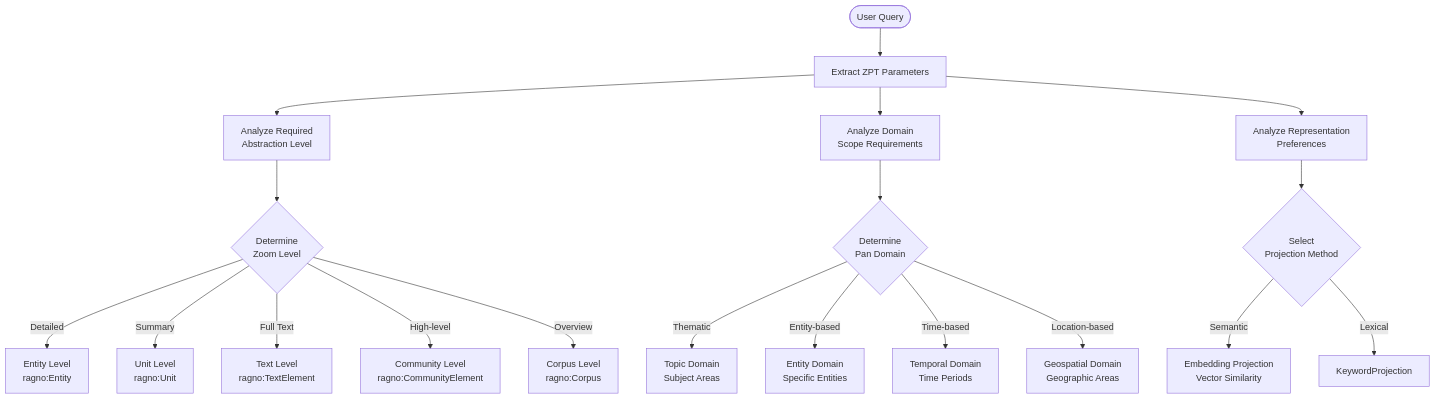
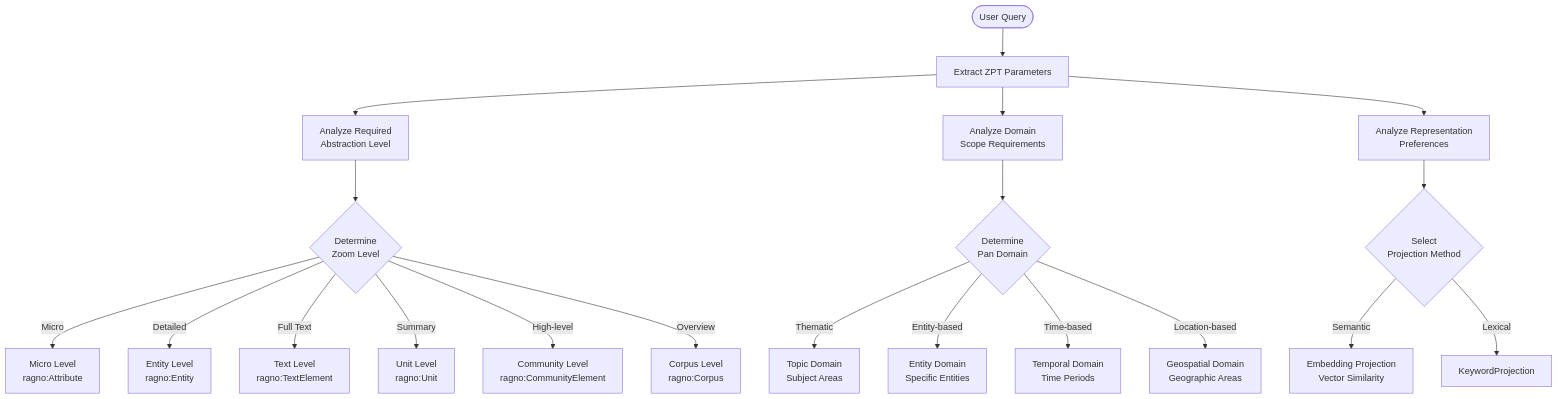
The diagram in media/navigation_flow.mermaid (danja/zpt), drawn with Mermaid before and after one commit. The commit also changed 15 other files, not shown here.

```diff
--- a/media/navigation_flow.mermaid
+++ b/media/navigation_flow.mermaid
@@ -1,23 +1,24 @@
 flowchart TD
     Start([User Query]) --> ParseQuery[Extract ZPT Parameters]
     
     ParseQuery --> ZoomAnalysis[Analyze Required<br/>Abstraction Level]
     ParseQuery --> PanAnalysis[Analyze Domain<br/>Scope Requirements]
     ParseQuery --> TiltAnalysis[Analyze Representation<br/>Preferences]
     
     ZoomAnalysis --> ZoomLevel{Determine<br/>Zoom Level}
+    ZoomLevel -->|Micro| MicroLevel[Micro Level<br/>ragno:Attribute]
     ZoomLevel -->|Detailed| EntityLevel[Entity Level<br/>ragno:Entity]
+    ZoomLevel -->|Full Text| TextLevel[Text Level<br/>ragno:TextElement]
     ZoomLevel -->|Summary| UnitLevel[Unit Level<br/>ragno:Unit]
-    ZoomLevel -->|Full Text| TextLevel[Text Level<br/>ragno:TextElement]
     ZoomLevel -->|High-level| CommunityLevel[Community Level<br/>ragno:CommunityElement]
     ZoomLevel -->|Overview| CorpusLevel[Corpus Level<br/>ragno:Corpus]
     
     PanAnalysis --> PanScope{Determine<br/>Pan Domain}
     PanScope -->|Thematic| TopicDomain[Topic Domain<br/>Subject Areas]
     PanScope -->|Entity-based| EntityDomain[Entity Domain<br/>Specific Entities]
     PanScope -->|Time-based| TemporalDomain[Temporal Domain<br/>Time Periods]
     PanScope -->|Location-based| GeospatialDomain[Geospatial Domain<br/>Geographic Areas]
     
     TiltAnalysis --> TiltMethod{Select<br/>Projection Method}
     TiltMethod -->|Semantic| EmbeddingProjection[Embedding Projection<br/>Vector Similarity]
     TiltMethod -->|Lexical| KeywordProjection
```
